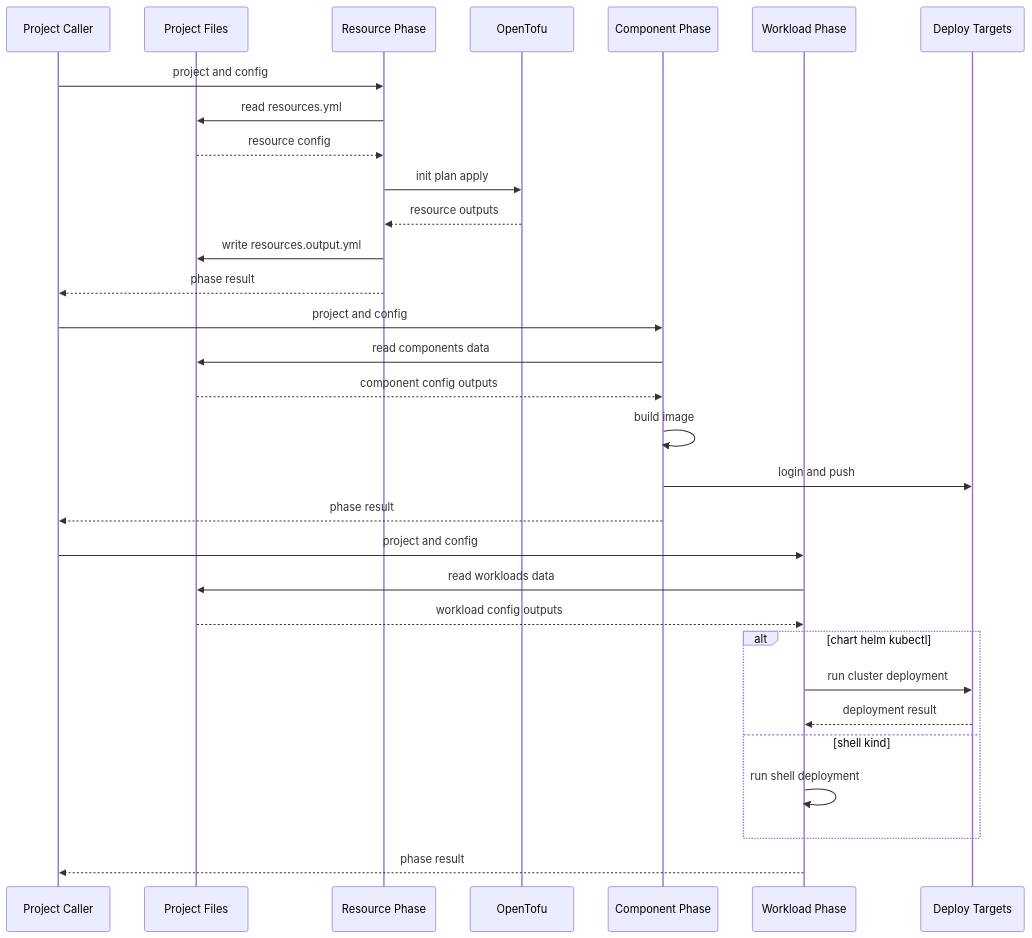
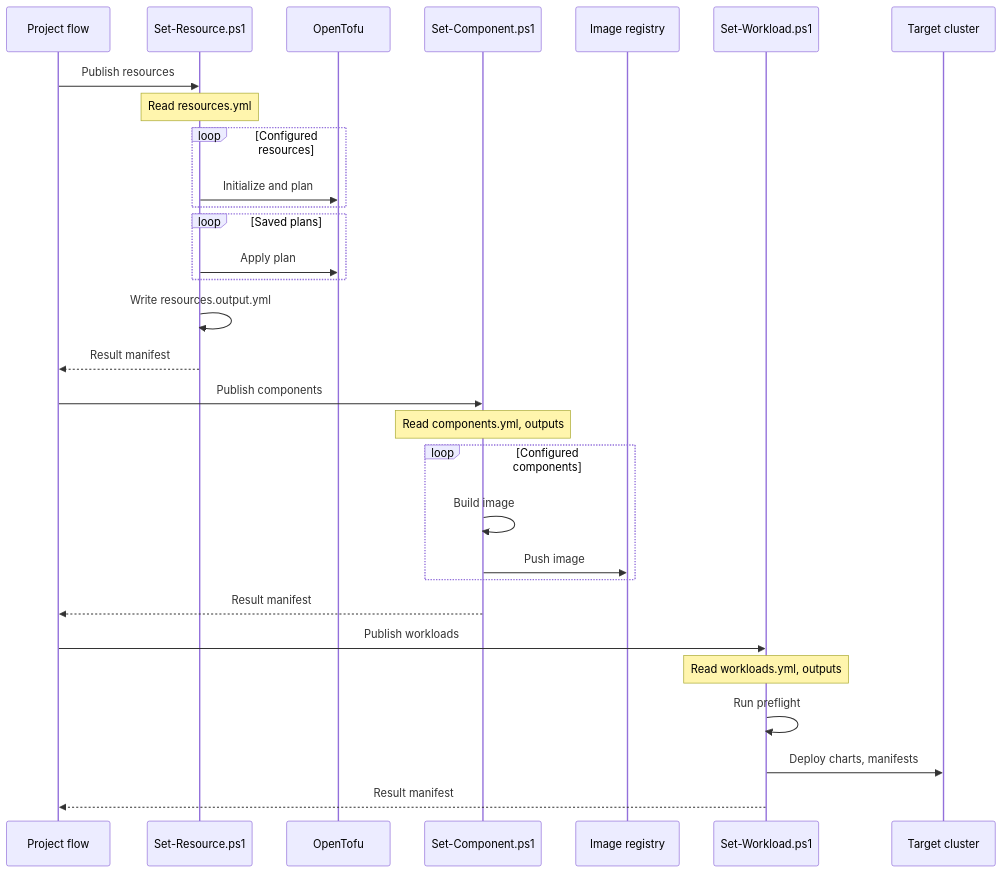
One commit to alissonsol/yuruna changed the first of 5 diagrams in docs/design/03-data-flows.md. Above: the diagram before and after it, drawn with Mermaid. The commit also changed other lines of this file and 901 other files, not shown here.

````diff
--- a/docs/design/03-data-flows.md
+++ b/docs/design/03-data-flows.md
@@ -17,34 +9,32 @@
 ```mermaid
 sequenceDiagram
-  participant project-caller as Project Caller
-  participant project-files as Project Files
-  participant resource-phase as Resource Phase
-  participant opentofu as OpenTofu
-  participant component-phase as Component Phase
-  participant workload-phase as Workload Phase
-  participant deploy-targets as Deploy Targets
-
-  project-caller->>resource-phase: project and config
-  resource-phase->>project-files: read resources.yml
-  project-files-->>resource-phase: resource config
-  resource-phase->>opentofu: init plan apply
-  opentofu-->>resource-phase: resource outputs
-  resource-phase->>project-files: write resources.output.yml
-  resource-phase-->>project-caller: phase result
-  project-caller->>component-phase: project and config
-  component-phase->>project-files: read components data
-  project-files-->>component-phase: component config outputs
-  component-phase->>component-phase: build image
-  component-phase->>deploy-targets: login and push
-  component-phase-->>project-caller: phase result
-  project-caller->>workload-phase: project and config
-  workload-phase->>project-files: read workloads data
-  project-files-->>workload-phase: workload config outputs
-  alt chart helm kubectl
-    workload-phase->>deploy-targets: run cluster deployment
-    deploy-targets-->>workload-phase: deployment result
-  else shell kind
-    workload-phase->>workload-phase: run shell deployment
-  end
-  workload-phase-->>project-caller: phase result
+    participant project-flow as Project flow
+    participant set-resource as Set-Resource.ps1
+    participant opentofu as OpenTofu
+    participant set-component as Set-Component.ps1
+    participant registry as Image registry
+    participant set-workload as Set-Workload.ps1
+    participant target-cluster as Target cluster
+    project-flow->>set-resource: Publish resources
+    Note over set-resource: Read resources.yml
+    loop Configured resources
+        set-resource->>opentofu: Initialize and plan
+    end
+    loop Saved plans
+        set-resource->>opentofu: Apply plan
+    end
+    set-resource->>set-resource: Write resources.output.yml
+    set-resource-->>project-flow: Result manifest
+    project-flow->>set-component: Publish components
+    Note over set-component: Read components.yml, outputs
+    loop Configured components
+        set-component->>set-component: Build image
+        set-component->>registry: Push image
+    end
+    set-component-->>project-flow: Result manifest
+    project-flow->>set-workload: Publish workloads
+    Note over set-workload: Read workloads.yml, outputs
+    set-workload->>set-workload: Run preflight
+    set-workload->>target-cluster: Deploy charts, manifests
+    set-workload-->>project-flow: Result manifest
 ```
````
